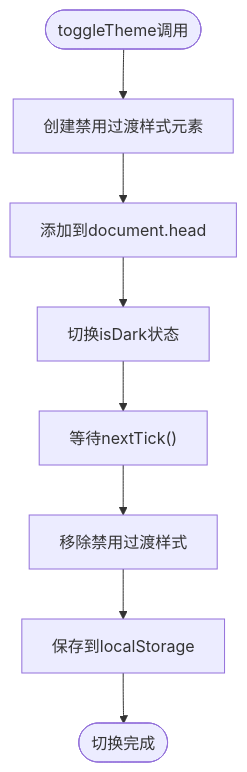
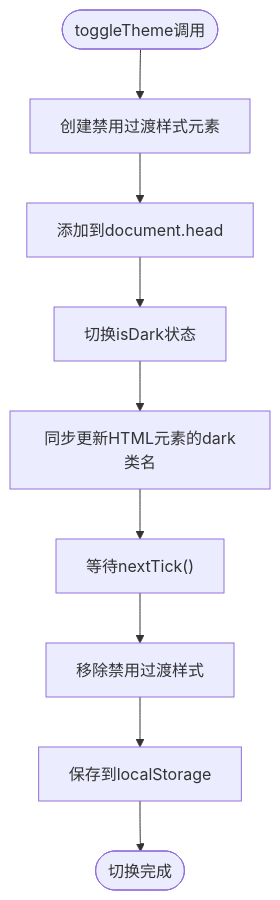
Before and after one commit to dunhuixiao/FinanceTools: the fourth of 7 diagrams in .qoder/repowiki/zh/content/组合式函数/主题管理组合式函数.md, drawn with Mermaid. The commit also changed other lines of this file and 8 other files, not shown here.

````diff
--- a/.qoder/repowiki/zh/content/组合式函数/主题管理组合式函数.md
+++ b/.qoder/repowiki/zh/content/组合式函数/主题管理组合式函数.md
@@ -157,10 +167,11 @@
 ```mermaid
 flowchart TD
 ToggleStart([toggleTheme调用]) --> CreateStyle["创建禁用过渡样式元素"]
 CreateStyle --> AddToHead["添加到document.head"]
 AddToHead --> SwitchState["切换isDark状态"]
-SwitchState --> AwaitNextTick["等待nextTick()"]
+SwitchState --> SyncClass["同步更新HTML元素的dark类名"]
+SyncClass --> AwaitNextTick["等待nextTick()"]
 AwaitNextTick --> RemoveStyle["移除禁用过渡样式"]
 RemoveStyle --> SaveToStorage["保存到localStorage"]
 SaveToStorage --> ToggleEnd([切换完成])
 ```
````
